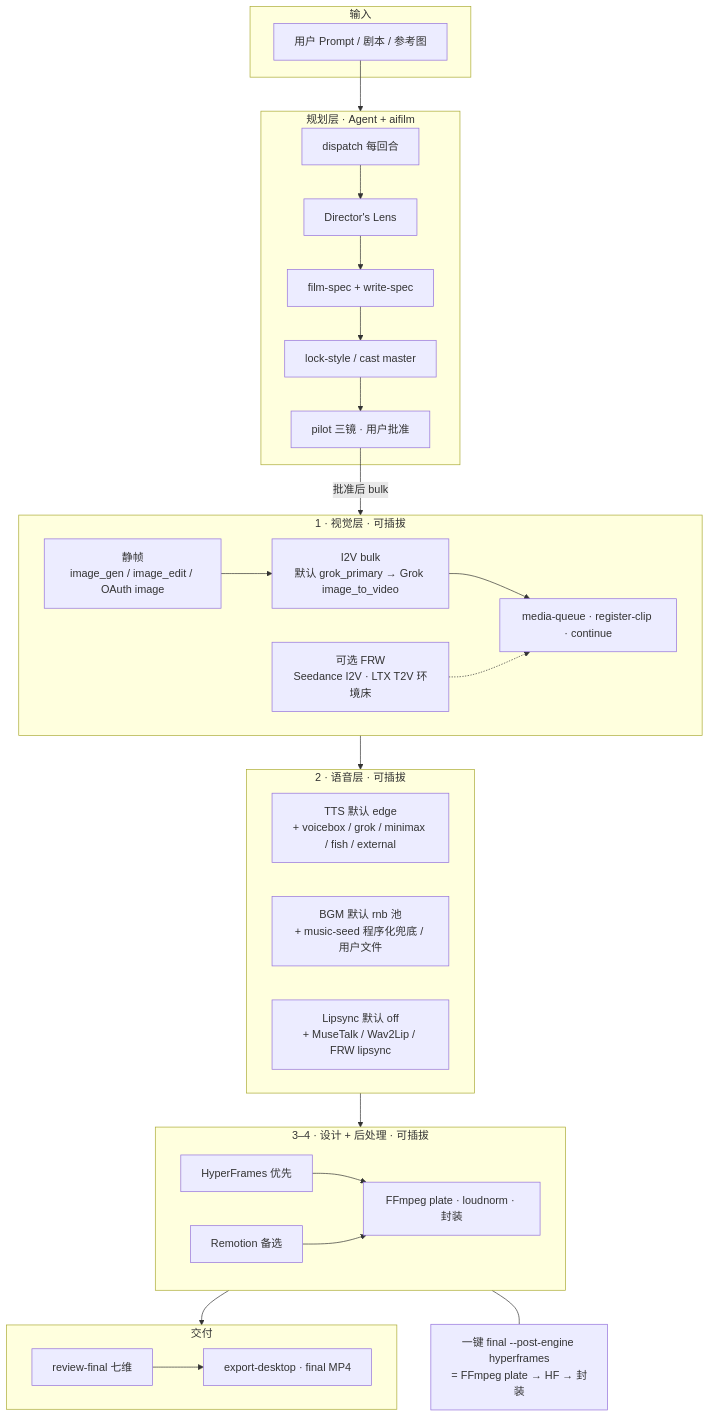
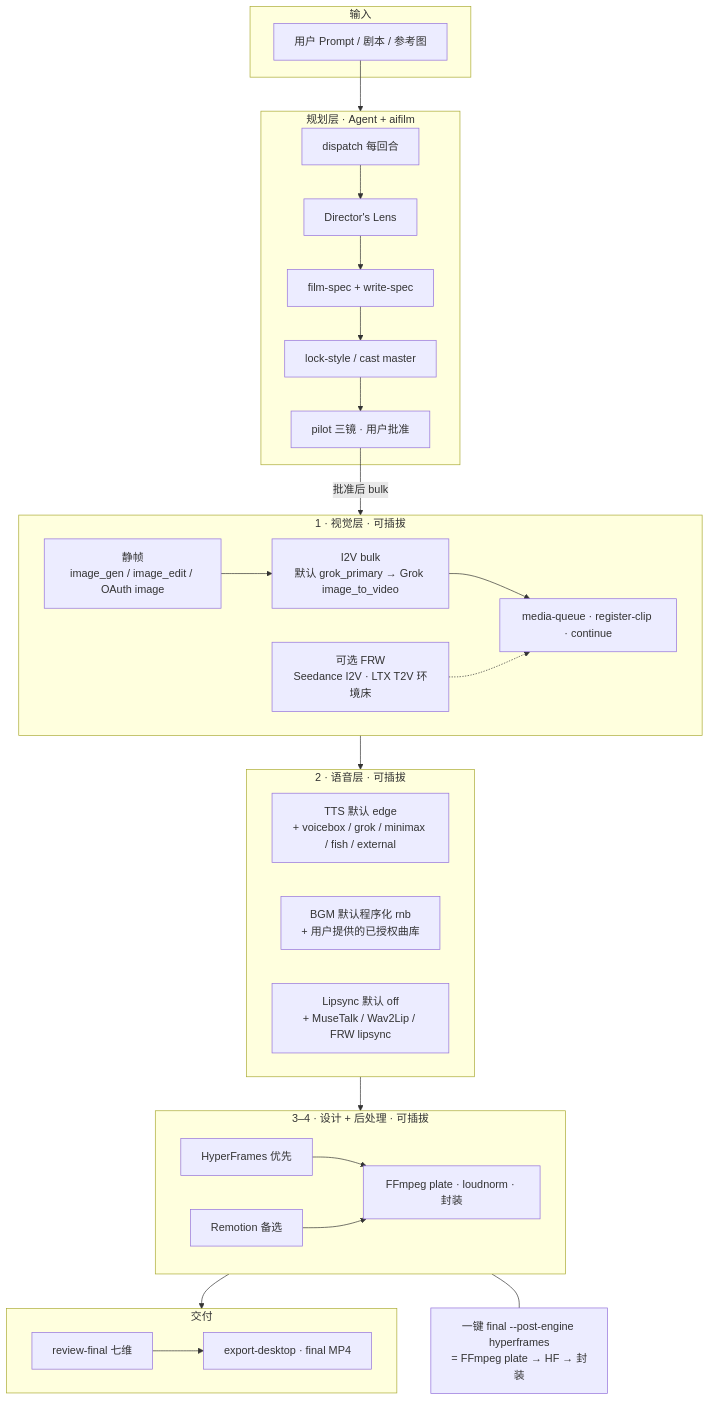
One commit to sooneocean/ai-film-grok changed the diagram in README.md. Above: the diagram before and after it, drawn with Mermaid. The commit also changed other lines of this file and 24 other files, not shown here.

````diff
--- a/README.md
+++ b/README.md
@@ -168,53 +168,53 @@
 ```mermaid
 flowchart TB
   subgraph IN["输入"]
     P["用户 Prompt / 剧本 / 参考图"]
   end
 
   subgraph AGENT["规划层 · Agent + aifilm"]
     D["dispatch 每回合"]
     L["Director's Lens"]
     S["film-spec + write-spec"]
     STY["lock-style / cast master"]
     PI["pilot 三镜 · 用户批准"]
     D --> L --> S --> STY --> PI
   end
 
   subgraph VIS["1 · 视觉层 · 可插拔"]
     STILL["静帧<br/>image_gen / image_edit / OAuth image"]
     I2V["I2V bulk<br/>默认 grok_primary → Grok image_to_video"]
     FRW["可选 FRW<br/>Seedance I2V · LTX T2V 环境床"]
     Q["media-queue · register-clip · continue"]
     STILL --> I2V --> Q
     FRW -.-> Q
   end
 
   subgraph VOI["2 · 语音层 · 可插拔"]
     TTS["TTS 默认 edge<br/>+ voicebox / grok / minimax / fish / external"]
-    BGM["BGM 默认 rnb 池<br/>+ music-seed 程序化兜底 / 用户文件"]
+    BGM["BGM 默认程序化 rnb<br/>+ 用户提供的已授权曲库"]
     LIP["Lipsync 默认 off<br/>+ MuseTalk / Wav2Lip / FRW lipsync"]
   end
 
   subgraph POST["3–4 · 设计 + 后处理 · 可插拔"]
     HF["HyperFrames 优先"]
     REM["Remotion 备选"]
     FF["FFmpeg plate · loudnorm · 封装"]
     HF --> FF
     REM --> FF
   end
 
   subgraph OUT["交付"]
     RV["review-final 七维"]
     EX["export-desktop · final MP4"]
     RV --> EX
   end
 
   P --> AGENT
   PI -->|批准后 bulk| VIS
   VIS --> VOI
   VOI --> POST
   POST --> OUT
 
   note1["一键 final --post-engine hyperframes<br/>= FFmpeg plate → HF → 封装"]
   POST --- note1
 ```
````
